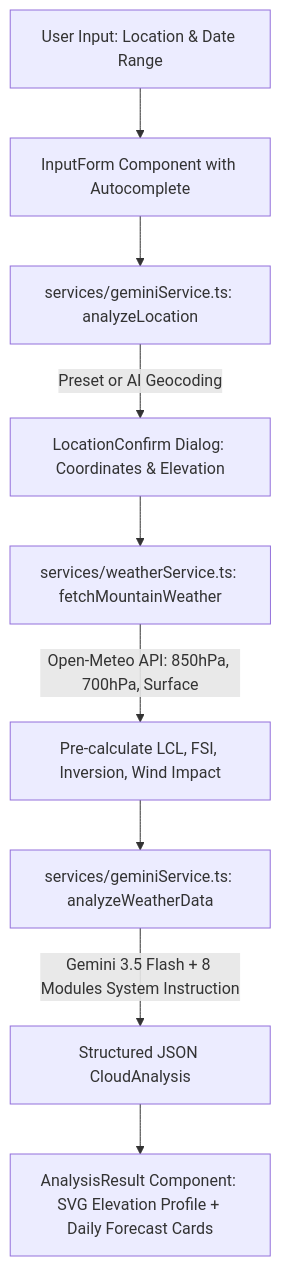
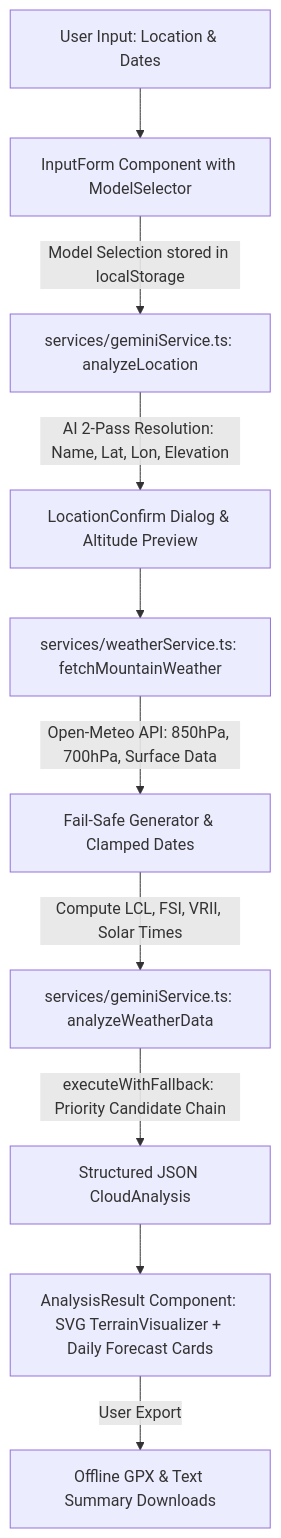
One commit to phongvan0926/cloudhunter changed the diagram in AGENTS.md. Above: the diagram before and after it, drawn with Mermaid. The commit also changed other lines of this file and 1 other file, not shown here.

Commit message:
Update AGENTS.md and README.md with full architecture, API fallback engine, mathematical modules, and developer guide for Claude AI

````diff
--- a/AGENTS.md
+++ b/AGENTS.md
@@ -12,11 +12,12 @@
 ```mermaid
 flowchart TD
-    A[User Input: Location & Date Range] --> B[InputForm Component with Autocomplete]
-    B --> C[services/geminiService.ts: analyzeLocation]
-    C -->|Preset or AI Geocoding| D[LocationConfirm Dialog: Coordinates & Elevation]
+    A[User Input: Location & Dates] --> B[InputForm Component with ModelSelector]
+    B -->|Model Selection stored in localStorage| C[services/geminiService.ts: analyzeLocation]
+    C -->|AI 2-Pass Resolution: Name, Lat, Lon, Elevation| D[LocationConfirm Dialog & Altitude Preview]
     D --> E[services/weatherService.ts: fetchMountainWeather]
-    E -->|Open-Meteo API: 850hPa, 700hPa, Surface| F[Pre-calculate LCL, FSI, Inversion, Wind Impact]
-    F --> G[services/geminiService.ts: analyzeWeatherData]
-    G -->|Gemini 3.5 Flash + 8 Modules System Instruction| H[Structured JSON CloudAnalysis]
-    H --> I[AnalysisResult Component: SVG Elevation Profile + Daily Forecast Cards]
+    E -->|Open-Meteo API: 850hPa, 700hPa, Surface Data| F[Fail-Safe Generator & Clamped Dates]
+    F -->|Compute LCL, FSI, VRII, Solar Times| G[services/geminiService.ts: analyzeWeatherData]
+    G -->|executeWithFallback: Priority Candidate Chain| H[Structured JSON CloudAnalysis]
+    H --> I[AnalysisResult Component: SVG TerrainVisualizer + Daily Forecast Cards]
+    I -->|User Export| J[Offline GPX & Text Summary Downloads]
 ```
````
